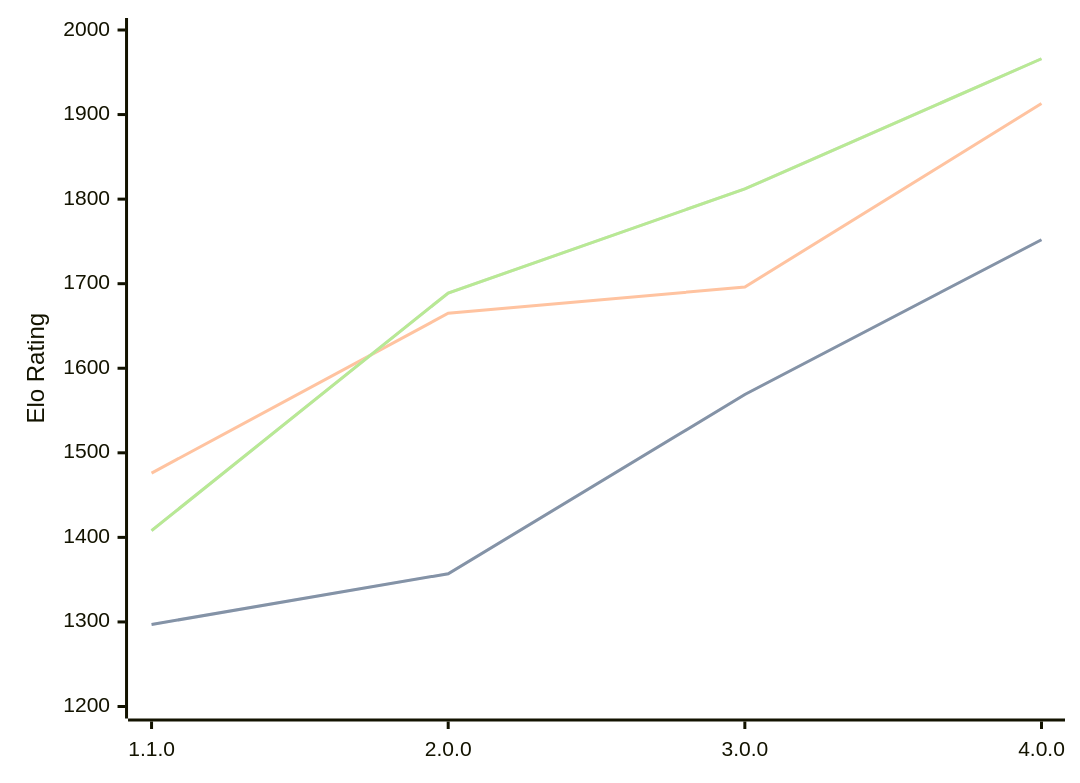
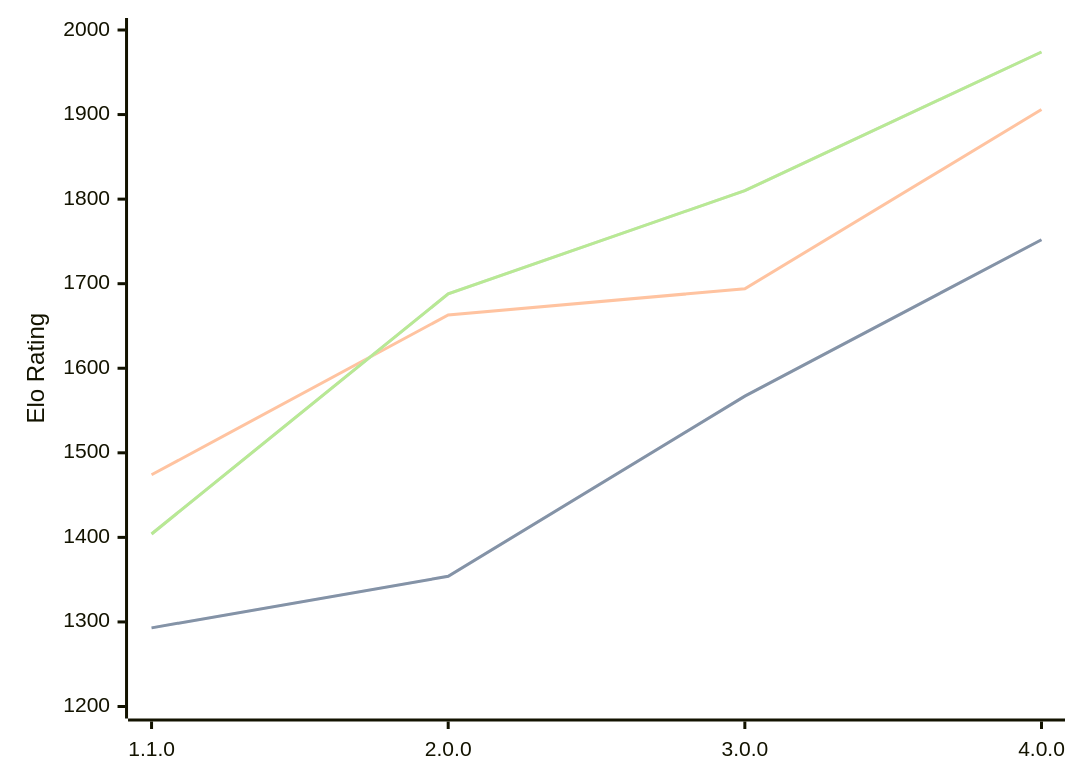
One commit to computer-chess-index/cci changed the diagram in engines/Laura.md. Above: the diagram before and after it, drawn with Mermaid. The commit also changed other lines of this file, not shown here.

Commit message:
Update CCI Ratings (ELO VLTC) - 2026-05-22

````diff
--- a/engines/Laura.md
+++ b/engines/Laura.md
@@ -35,11 +35,11 @@
 ```mermaid
 %%{init: {"theme":"base","themeVariables":{"seriesColors:['#a3a3a3','#222221','#faa371']}}}%%
 xychart-beta
   x-axis ["1.1.0", "2.0.0", "3.0.0", "4.0.0"]
   y-axis "Elo Rating" 1200 --> 2000
-  line "STC (8.0+0.08s)" [1297, 1357, 1569, 1752]
-  line "STC (8.0+0.08s)" [1297, 1357, 1569, 1752]
-  line "LTC (60.0+0.60s)" [1476, 1665, 1696, 1913]
-  line "VLTC (2m24s+1.12s)" [1408, 1689, 1812, 1966]
-  line "VLTC (2m24s+1.12s)" [1408, 1689, 1812, 1966]
+  line "STC (8.0+0.08s)" [1293, 1354, 1567, 1752]
+  line "STC (8.0+0.08s)" [1293, 1354, 1567, 1752]
+  line "LTC (60.0+0.60s)" [1474, 1663, 1694, 1906]
+  line "VLTC (2m24s+1.12s)" [1404, 1688, 1810, 1974]
+  line "VLTC (2m24s+1.12s)" [1404, 1688, 1810, 1974]
 ```
````
